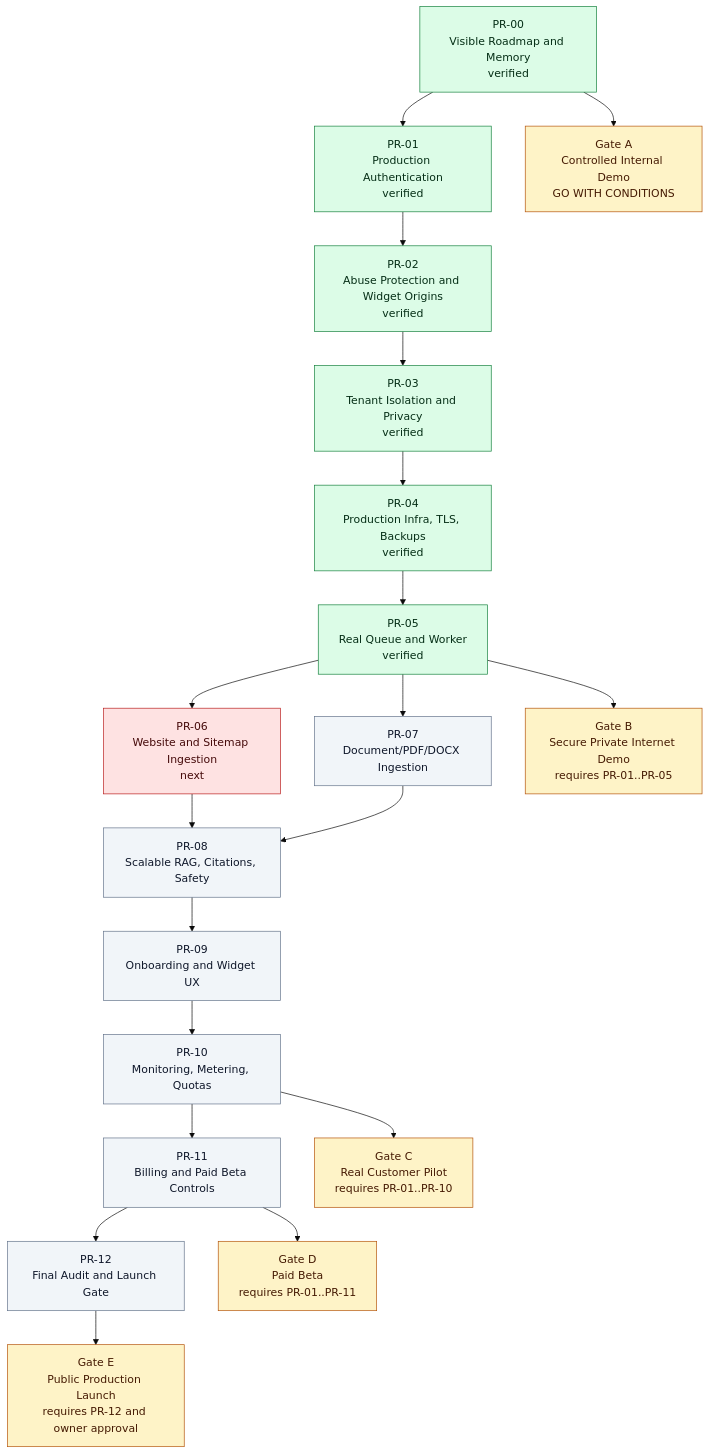
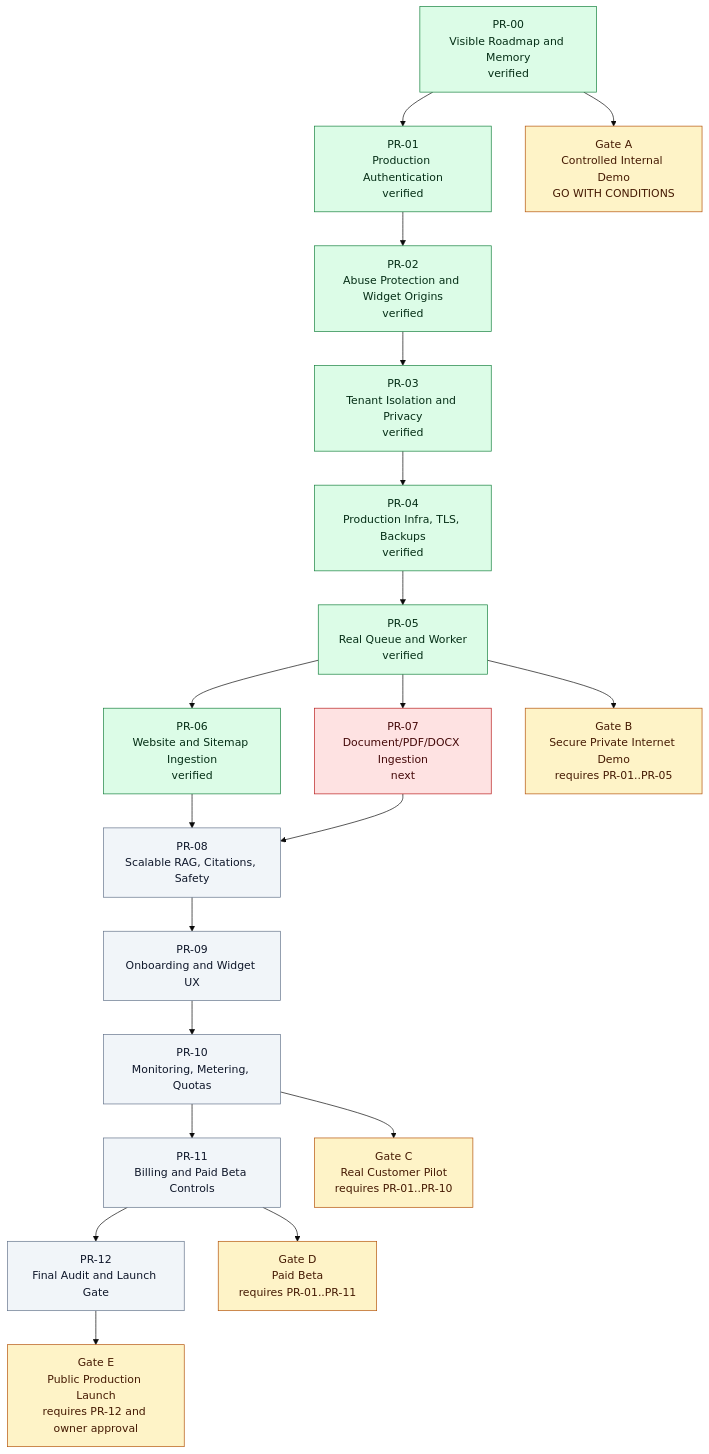
One commit to Tauhid-dev/AI-Magnet changed the diagram in production-control/03_PHASE_DEPENDENCY_GRAPH.md. Above: the diagram before and after it, drawn with Mermaid (base theme). The commit also changed other lines of this file and 36 other files, not shown here.

Commit message:
Production phase PR-06: secure website and sitemap ingestion

````diff
--- a/production-control/03_PHASE_DEPENDENCY_GRAPH.md
+++ b/production-control/03_PHASE_DEPENDENCY_GRAPH.md
@@ -5,45 +5,45 @@
 ```mermaid
 flowchart TB
     PR00["PR-00<br/>Visible Roadmap and Memory<br/>verified"]
     PR01["PR-01<br/>Production Authentication<br/>verified"]
     PR02["PR-02<br/>Abuse Protection and Widget Origins<br/>verified"]
     PR03["PR-03<br/>Tenant Isolation and Privacy<br/>verified"]
     PR04["PR-04<br/>Production Infra, TLS, Backups<br/>verified"]
     PR05["PR-05<br/>Real Queue and Worker<br/>verified"]
-    PR06["PR-06<br/>Website and Sitemap Ingestion<br/>next"]
-    PR07["PR-07<br/>Document/PDF/DOCX Ingestion"]
+    PR06["PR-06<br/>Website and Sitemap Ingestion<br/>verified"]
+    PR07["PR-07<br/>Document/PDF/DOCX Ingestion<br/>next"]
     PR08["PR-08<br/>Scalable RAG, Citations, Safety"]
     PR09["PR-09<br/>Onboarding and Widget UX"]
     PR10["PR-10<br/>Monitoring, Metering, Quotas"]
     PR11["PR-11<br/>Billing and Paid Beta Controls"]
     PR12["PR-12<br/>Final Audit and Launch Gate"]
 
     GateA["Gate A<br/>Controlled Internal Demo<br/>GO WITH CONDITIONS"]
     GateB["Gate B<br/>Secure Private Internet Demo<br/>requires PR-01..PR-05"]
     GateC["Gate C<br/>Real Customer Pilot<br/>requires PR-01..PR-10"]
     GateD["Gate D<br/>Paid Beta<br/>requires PR-01..PR-11"]
     GateE["Gate E<br/>Public Production Launch<br/>requires PR-12 and owner approval"]
 
     PR00 --> PR01 --> PR02 --> PR03 --> PR04 --> PR05
     PR05 --> PR06
     PR05 --> PR07
     PR06 --> PR08
     PR07 --> PR08
     PR08 --> PR09 --> PR10 --> PR11 --> PR12
 
     PR00 --> GateA
     PR05 --> GateB
     PR10 --> GateC
     PR11 --> GateD
     PR12 --> GateE
 
     classDef verified fill:#dcfce7,stroke:#15803d,color:#052e16
     classDef blocker fill:#fee2e2,stroke:#b91c1c,color:#450a0a
     classDef notStarted fill:#f1f5f9,stroke:#64748b,color:#0f172a
     classDef gate fill:#fef3c7,stroke:#b45309,color:#451a03
 
-    class PR00,PR01,PR02,PR03,PR04,PR05 verified
-    class PR06 blocker
-    class PR07,PR08,PR09,PR10,PR11,PR12 notStarted
+    class PR00,PR01,PR02,PR03,PR04,PR05,PR06 verified
+    class PR07 blocker
+    class PR08,PR09,PR10,PR11,PR12 notStarted
     class GateA,GateB,GateC,GateD,GateE gate
 ```
````
